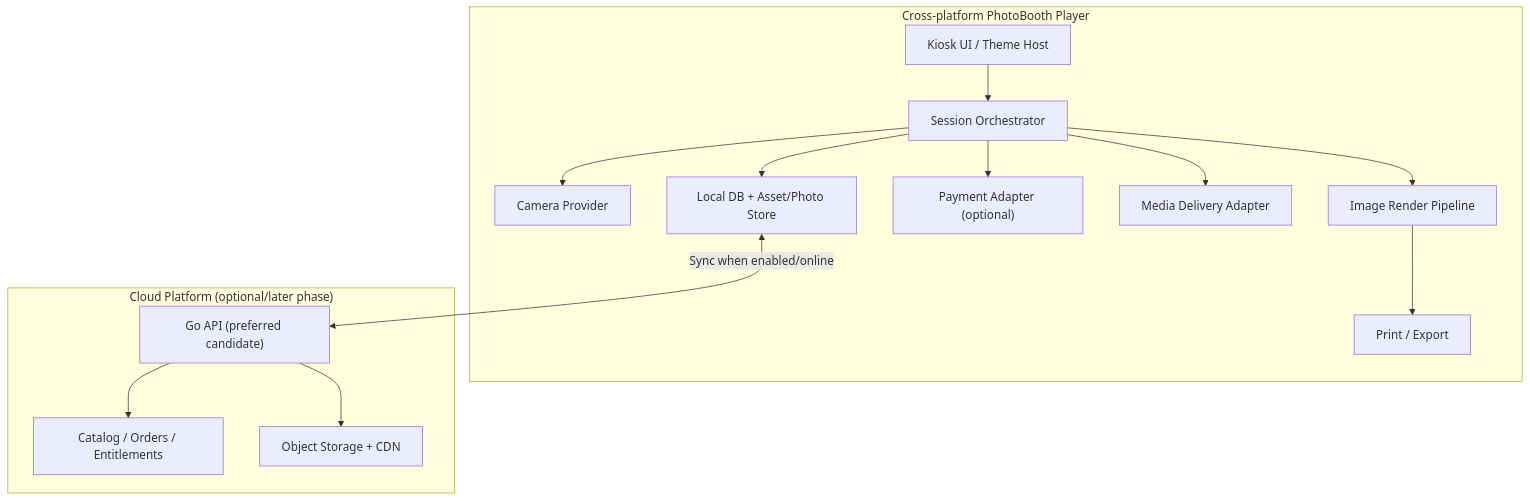
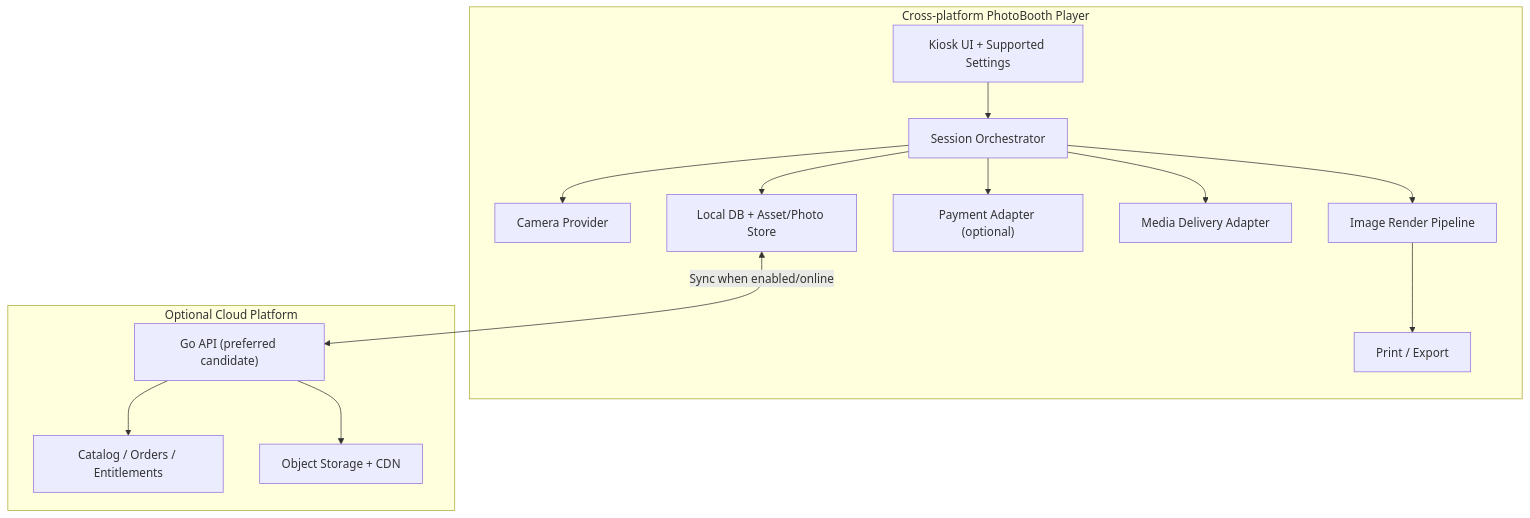
Before and after one commit to dongsinhho/PhotoBooth: the diagram in README.md, drawn with Mermaid. The commit also changed other lines of this file and 6 other files, not shown here.

```diff
--- a/README.md
+++ b/README.md
@@ -33,28 +33,28 @@
 ~~~mermaid
 flowchart TD
   subgraph Player["Cross-platform PhotoBooth Player"]
-    UI["Kiosk UI / Theme Host"]
+    UI["Kiosk UI + Supported Settings"]
     Session["Session Orchestrator"]
     Camera["Camera Provider"]
     Render["Image Render Pipeline"]
     Output["Print / Export"]
     Payment["Payment Adapter (optional)"]
     Media["Media Delivery Adapter"]
     Local["Local DB + Asset/Photo Store"]
     UI --> Session
     Session --> Camera
     Session --> Render
     Render --> Output
     Session --> Payment
     Session --> Media
     Session --> Local
   end
-  subgraph Cloud["Cloud Platform (optional/later phase)"]
+  subgraph Cloud["Optional Cloud Platform"]
     API["Go API (preferred candidate)"]
     Catalog["Catalog / Orders / Entitlements"]
     Storage["Object Storage + CDN"]
     API --> Catalog
     API --> Storage
   end
   Local <-->|"Sync when enabled/online"| API
 ~~~
```
